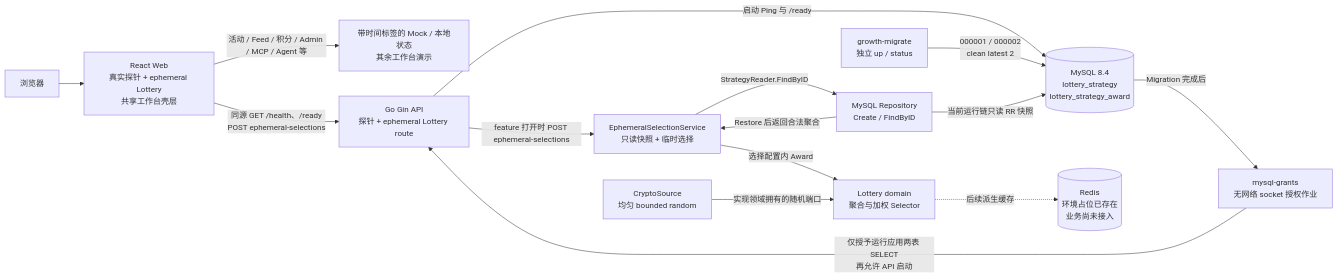
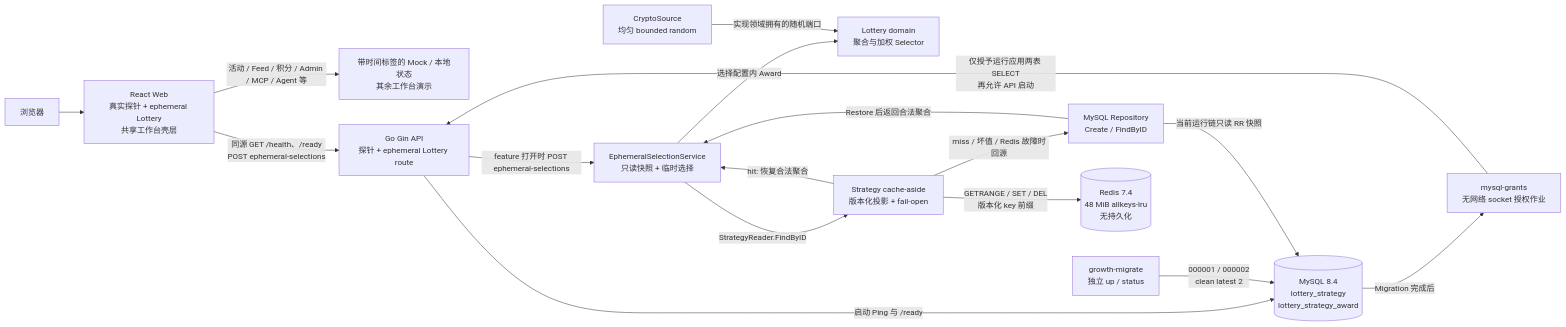
The fifth of 5 diagrams in docs/product/system-design-v0.md (Atingaii/GrowthOS-Go), drawn with Mermaid before and after one commit. The commit also changed other lines of this file and 4 other files, not shown here.

````diff
--- a/docs/product/system-design-v0.md
+++ b/docs/product/system-design-v0.md
@@ -189,30 +189,33 @@
 ```mermaid
 flowchart LR
     BROWSER[浏览器]
     WEB[React Web\n真实探针 + ephemeral Lottery\n共享工作台壳层]
     MOCK[带时间标签的 Mock / 本地状态\n其余工作台演示]
     API[Go Gin API\n探针 + ephemeral Lottery route]
     MIGRATE[growth-migrate\n独立 up / status]
     GRANTS[mysql-grants\n无网络 socket 授权作业]
     USECASE[EphemeralSelectionService\n只读快照 + 临时选择]
     DOMAIN[Lottery domain\n聚合与加权 Selector]
     RANDOM[CryptoSource\n均匀 bounded random]
+    CACHE[Strategy cache-aside\n版本化投影 + fail-open]
     REPOSITORY[MySQL Repository\nCreate / FindByID]
     TABLES[(MySQL 8.4\nlottery_strategy\nlottery_strategy_award)]
-    REDIS[(Redis\n环境占位已存在\n业务尚未接入)]
+    REDIS[(Redis 7.4\n48 MiB allkeys-lru\n无持久化)]
 
     BROWSER --> WEB
     WEB -->|同源 GET /health、/ready\nPOST ephemeral-selections| API
     WEB -->|活动 / Feed / 积分 / Admin / MCP / Agent 等| MOCK
     API -->|feature 打开时 POST ephemeral-selections| USECASE
     API -->|启动 Ping 与 /ready| TABLES
-    USECASE -->|StrategyReader.FindByID| REPOSITORY
+    USECASE -->|StrategyReader.FindByID| CACHE
+    CACHE -->|hit: 恢复合法聚合| USECASE
+    CACHE -->|miss / 坏值 / Redis 故障时回源| REPOSITORY
+    CACHE -->|GETRANGE / SET / DEL\n版本化 key 前缀| REDIS
     USECASE -->|选择配置内 Award| DOMAIN
     MIGRATE -->|000001 / 000002\nclean latest 2| TABLES
     TABLES -->|Migration 完成后| GRANTS
     GRANTS -->|仅授予运行应用两表 SELECT\n再允许 API 启动| API
     REPOSITORY -->|当前运行链只读 RR 快照| TABLES
     REPOSITORY -->|Restore 后返回合法聚合| USECASE
     RANDOM -->|实现领域拥有的随机端口| DOMAIN
-    DOMAIN -.后续派生缓存.-> REDIS
 ```
````
